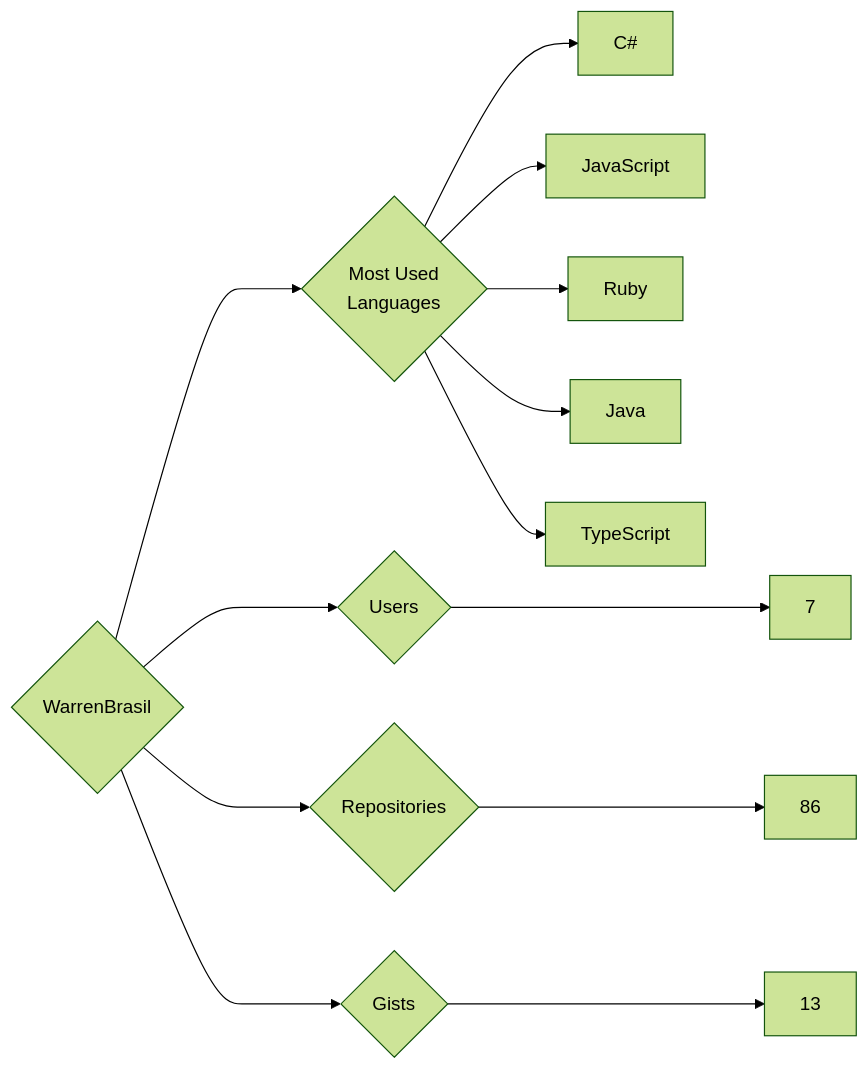
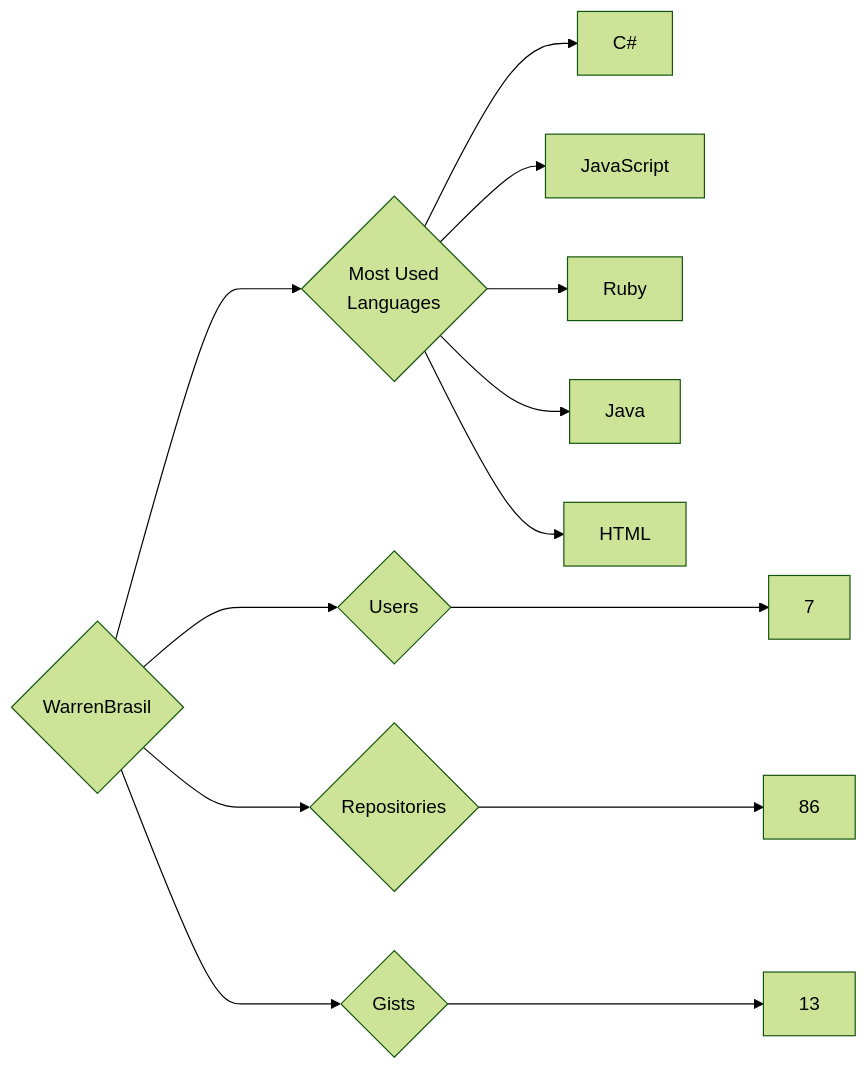
Before and after one commit to trickest/insiders: the diagram in targets/WarrenBrasil/README.md, drawn with Mermaid (forest theme). The commit also changed 815 other files, not shown here.

````diff
--- a/targets/WarrenBrasil/README.md
+++ b/targets/WarrenBrasil/README.md
@@ -3,13 +3,13 @@
 ```mermaid
 graph LR
 COMPANY_NAME{WarrenBrasil}
 COMPANY_NAME ---> U{Users} ---> UN[7]
 COMPANY_NAME ---> R{Repositories} ---> RN[86]
 COMPANY_NAME ---> G{Gists} ---> GN[13]
 COMPANY_NAME ---> ML{Most Used<br>Languages}
 ML --> C#[C#]
 ML --> JavaScript[JavaScript]
 ML --> Ruby[Ruby]
 ML --> Java[Java]
-ML --> TypeScript[TypeScript]
+ML --> HTML[HTML]
 ```
````
